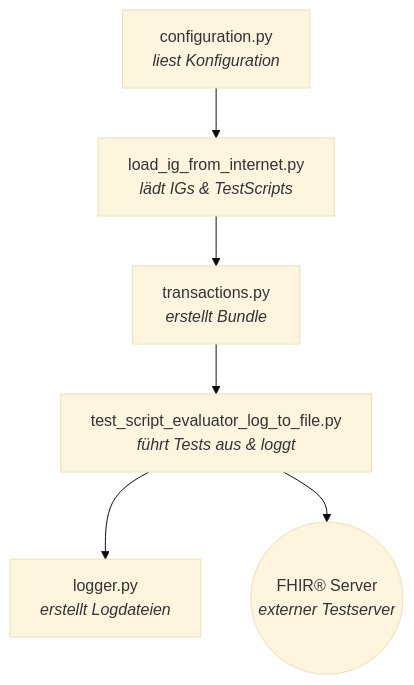
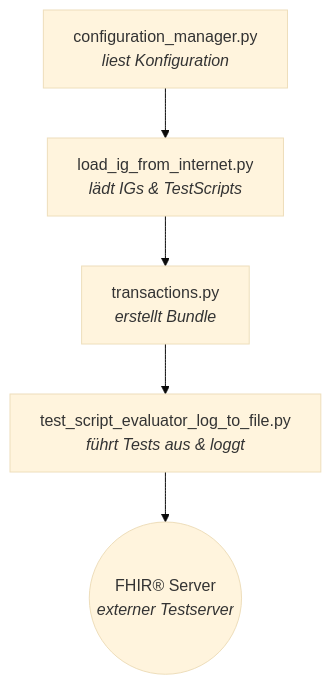
The first of 2 diagrams in README.md (HL7Austria/HL7-AT-TestFhiry-TestRunner), drawn with Mermaid (base theme) before and after one commit. The commit also changed other lines of this file, not shown here.

````diff
--- a/README.md
+++ b/README.md
@@ -123,8 +118,7 @@
 ```mermaid
 flowchart TD
-    A[configuration.py<br/><i>liest Konfiguration</i>] --> B[load_ig_from_internet.py<br/><i>lädt IGs & TestScripts</i>]
+    A[configuration_manager.py<br/><i>liest Konfiguration</i>] --> B[load_ig_from_internet.py<br/><i>lädt IGs & TestScripts</i>]
     B --> C[transactions.py<br/><i>erstellt Bundle</i>]
     C --> D[test_script_evaluator_log_to_file.py<br/><i>führt Tests aus & loggt</i>]
-    D --> E[logger.py<br/><i>erstellt Logdateien</i>]
-    D --> F((FHIR® Server<br/><i>externer Testserver</i>))
+    D --> E((FHIR® Server<br/><i>externer Testserver</i>))
 ```
````
